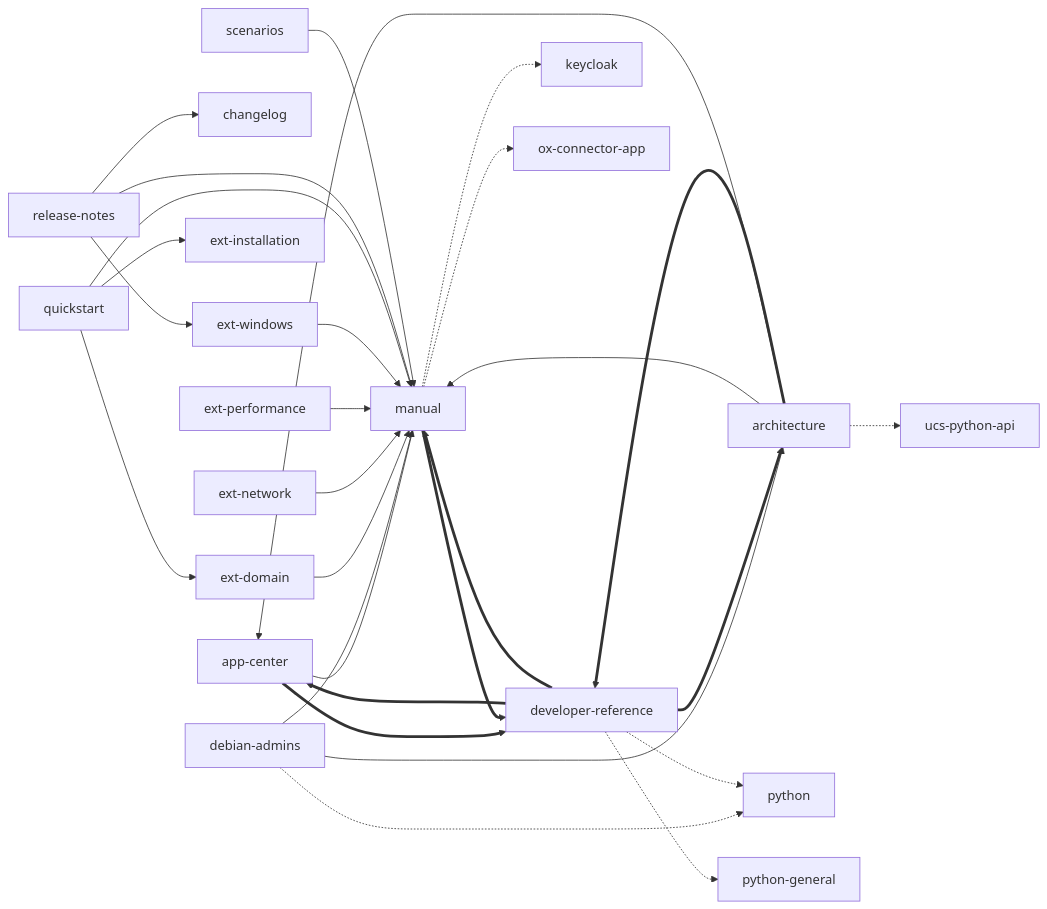
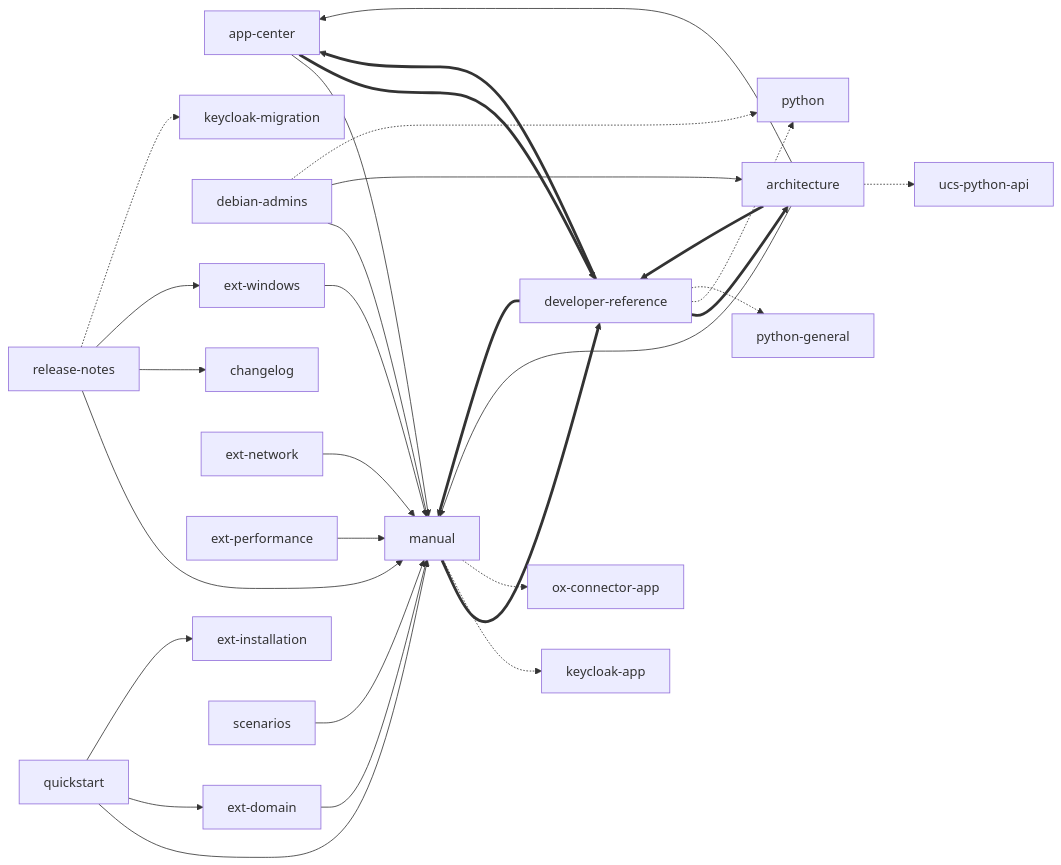
One commit to univention/univention-corporate-server changed the diagram in doc/README.md. Above: the diagram before and after it, drawn with Mermaid. The commit also changed 78 other files, not shown here.

````diff
--- a/doc/README.md
+++ b/doc/README.md
@@ -111,23 +111,24 @@
 ```mermaid
 flowchart LR
   app-center --> manual
   app-center ==> developer-reference
   architecture --> manual & app-center
   architecture ==> developer-reference
   architecture -.-> ucs-python-api
   changelog
   debian-admins --> manual & architecture
   debian-admins -.-> python
   developer-reference ==> app-center & architecture & manual
   developer-reference -.-> python & python-general
   ext-domain --> manual
   ext-installation
   ext-network --> manual
   ext-performance --> manual
   ext-windows --> manual
   manual ==> developer-reference
-  manual -.-> keycloak & ox-connector-app
+  manual -.-> keycloak-app & ox-connector-app
   quickstart --> manual & ext-domain & ext-installation
   release-notes --> manual & changelog & ext-windows
+  release-notes -.-> keycloak-migration
   scenarios --> manual
 ```
````
